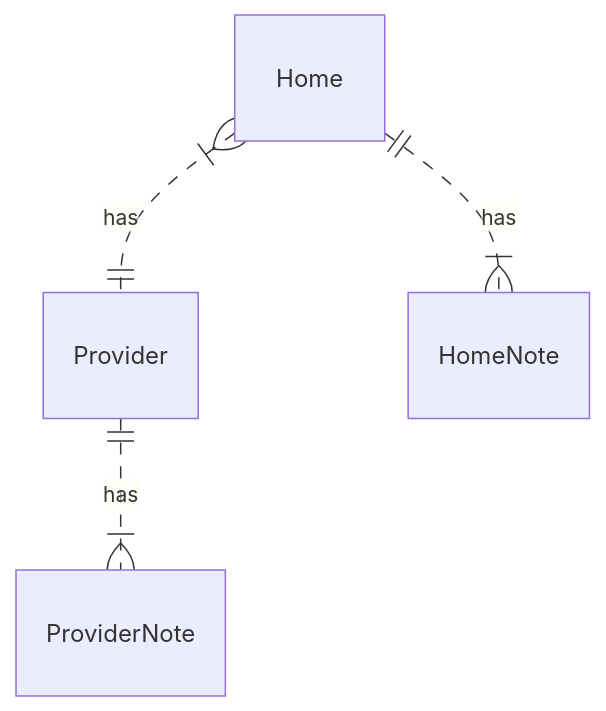
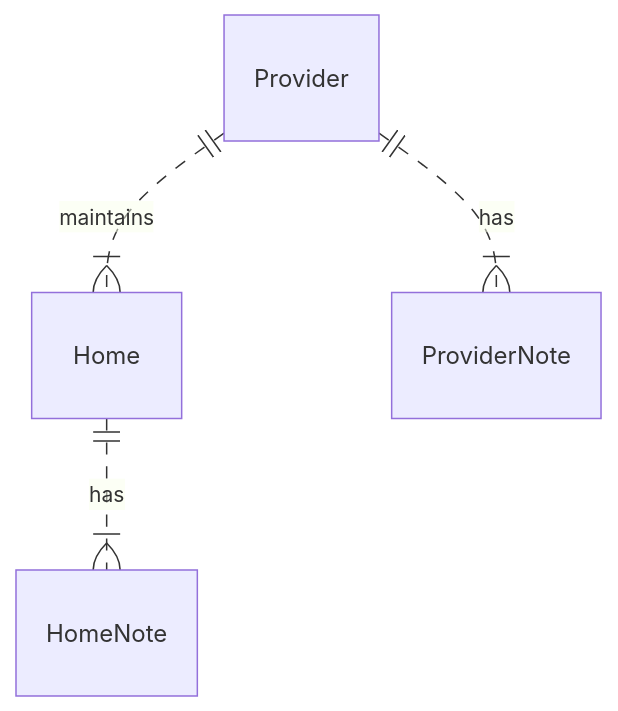
The eighth of 8 diagrams in README.md (placementdatacollaboration/cpp_data_model), drawn with Mermaid before and after one commit. The commit also changed other lines of this file, not shown here.

Commit message:
Updated relationships, and connective language in diagrams

````diff
--- a/README.md
+++ b/README.md
@@ -74,6 +90,6 @@
 ```mermaid
 erDiagram
-    Home }|..|| Provider : has
+    Provider ||..|{ Home  : maintains
     Home ||..|{ HomeNote : has
     Provider ||..|{ ProviderNote : has
 ```
````
